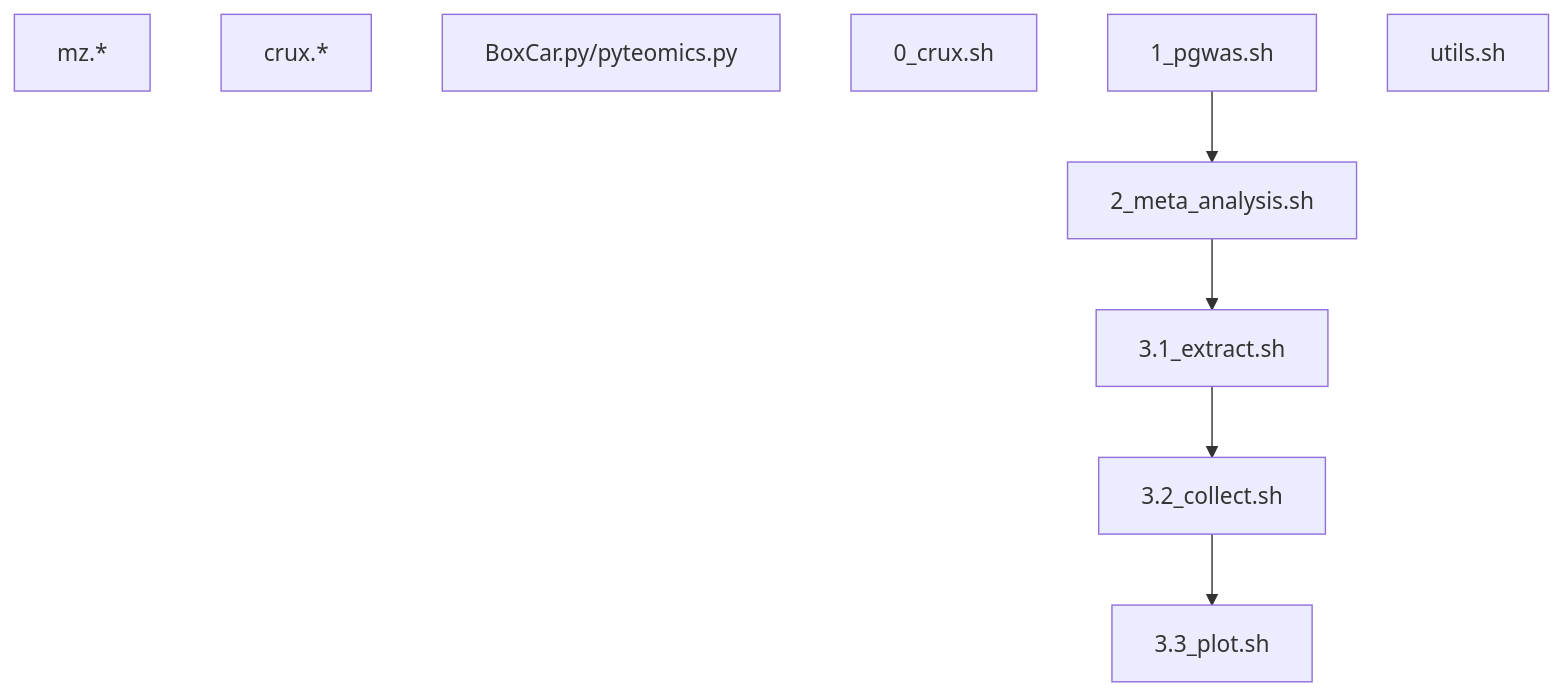
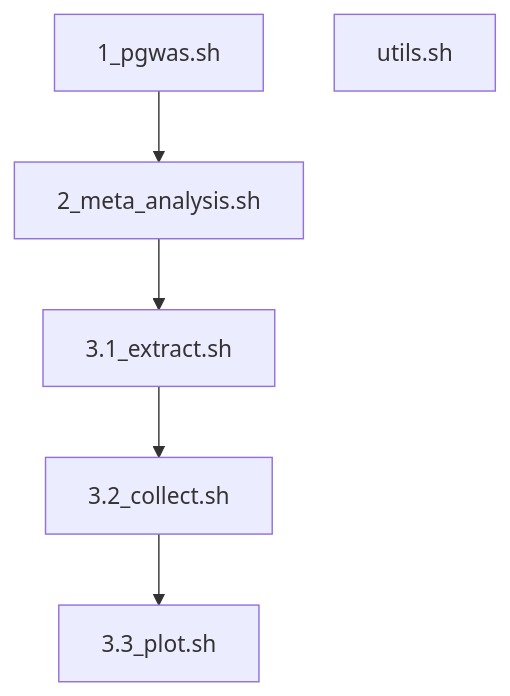
One commit to jinghuazhao/Caprion changed the first of 2 diagrams in peptide_progs/README.md. Above: the diagram before and after it, drawn with Mermaid. The commit also changed other lines of this file and 1 other file, not shown here.

````diff
--- a/peptide_progs/README.md
+++ b/peptide_progs/README.md
@@ -29,14 +25,10 @@
 ```mermaid
 graph TD;
-mz.*
-crux.*
-BoxCar.py/pyteomics.py
-0_crux.sh
 1_pgwas.sh
 2_meta_analysis.sh
 3.1_extract.sh
 3.2_collect.sh
 3.3_plot.sh
 1_pgwas.sh --> 2_meta_analysis.sh --> 3.1_extract.sh --> 3.2_collect.sh --> 3.3_plot.sh
 utils.sh
 ```
````
